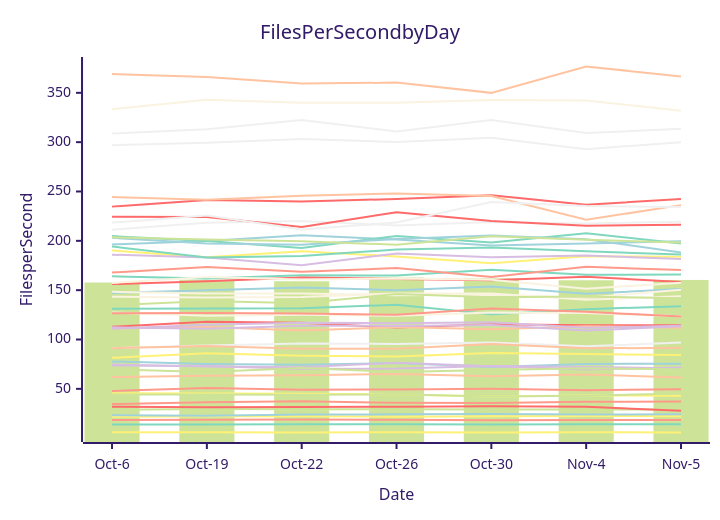
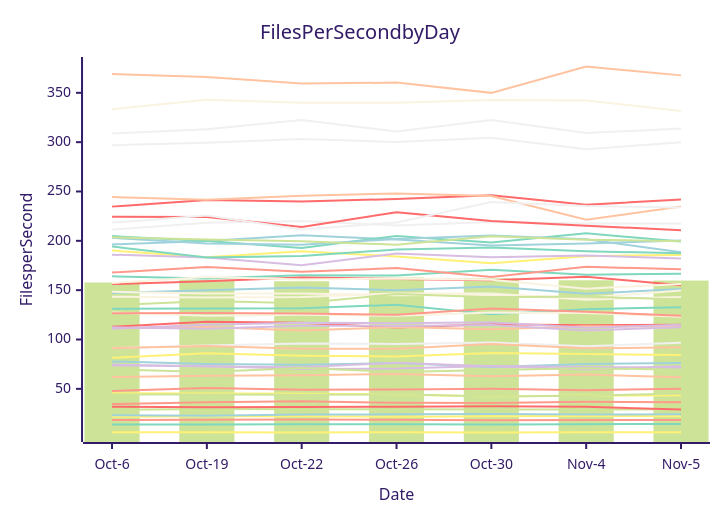
The diagram in perf-report.md (streetsidesoftware/cspell), drawn with Mermaid (forest theme) before and after one commit. The commit also changed other lines of this file and 1 other file, not shown here.

````diff
--- a/perf-report.md
+++ b/perf-report.md
@@ -10,57 +10,57 @@
 ```mermaid
 xychart-beta
     title Files Per Second by Day
     y-axis Files per Second
     x-axis Date [Oct-6, Oct-19, Oct-22, Oct-26, Oct-30, Nov-4, Nov-5]
-    bar [157.78, 160.58, 159.03, 162.88, 161.94, 160.02, 160.36]
-    line [112.94, 118.00, 116.85, 112.16, 115.50, 114.45, 114.39]
-    line [77.78, 75.28, 74.51, 76.18, 72.03, 75.21, 75.51]
-    line [74.54, 72.64, 71.96, 76.44, 72.80, 69.62, 71.58]
-    line [91.34, 93.97, 96.00, 95.45, 97.05, 93.17, 96.84]
-    line [111.42, 112.56, 109.04, 112.63, 110.40, 113.53, 111.89]
-    line [164.09, 161.71, 165.23, 164.80, 170.61, 165.61, 165.88]
-    line [34.53, 36.49, 37.33, 35.82, 35.71, 36.86, 37.21]
-    line [333.43, 342.86, 339.81, 339.82, 342.79, 342.26, 331.94]
-    line [45.48, 45.18, 45.07, 44.31, 42.25, 43.22, 43.06]
-    line [44.34, 44.15, 44.08, 44.42, 42.24, 42.88, 45.33]
-    line [234.66, 241.48, 239.78, 242.41, 246.20, 236.64, 242.39]
-    line [196.39, 199.93, 205.59, 201.31, 195.27, 197.35, 199.61]
-    line [73.77, 73.27, 70.11, 70.57, 73.22, 72.23, 70.71]
-    line [296.93, 299.41, 303.13, 300.22, 304.34, 292.89, 300.01]
-    line [91.13, 93.37, 90.70, 90.60, 95.53, 91.04, 91.55]
-    line [131.24, 131.49, 131.59, 135.21, 125.70, 130.73, 133.74]
-    line [167.92, 173.59, 168.67, 172.42, 163.25, 173.61, 170.55]
-    line [143.38, 142.44, 143.06, 146.69, 146.59, 140.40, 143.75]
-    line [190.21, 183.26, 189.47, 184.23, 177.36, 184.49, 183.82]
-    line [28.81, 29.58, 29.31, 29.41, 29.14, 29.07, 29.00]
-    line [156.12, 158.95, 162.77, 161.40, 160.02, 163.60, 158.39]
+    bar [157.78, 160.58, 159.03, 162.88, 161.94, 160.02, 159.72]
+    line [112.94, 118.00, 116.85, 112.16, 115.50, 114.45, 114.87]
+    line [77.78, 75.28, 74.51, 76.18, 72.03, 75.21, 76.09]
+    line [74.54, 72.64, 71.96, 76.44, 72.80, 69.62, 72.93]
+    line [91.34, 93.97, 96.00, 95.45, 97.05, 93.17, 96.79]
+    line [111.42, 112.56, 109.04, 112.63, 110.40, 113.53, 112.85]
+    line [164.09, 161.71, 165.23, 164.80, 170.61, 165.61, 166.70]
+    line [34.53, 36.49, 37.33, 35.82, 35.71, 36.86, 36.50]
+    line [333.43, 342.86, 339.81, 339.82, 342.79, 342.26, 331.64]
+    line [45.48, 45.18, 45.07, 44.31, 42.25, 43.22, 43.49]
+    line [44.34, 44.15, 44.08, 44.42, 42.24, 42.88, 45.37]
+    line [234.66, 241.48, 239.78, 242.41, 246.20, 236.64, 241.81]
+    line [196.39, 199.93, 205.59, 201.31, 195.27, 197.35, 200.31]
+    line [73.77, 73.27, 70.11, 70.57, 73.22, 72.23, 71.32]
+    line [296.93, 299.41, 303.13, 300.22, 304.34, 292.89, 299.81]
+    line [91.13, 93.37, 90.70, 90.60, 95.53, 91.04, 92.11]
+    line [131.24, 131.49, 131.59, 135.21, 125.70, 130.73, 132.76]
+    line [167.92, 173.59, 168.67, 172.42, 163.25, 173.61, 171.18]
+    line [143.38, 142.44, 143.06, 146.69, 146.59, 140.40, 143.02]
+    line [190.21, 183.26, 189.47, 184.23, 177.36, 184.49, 185.72]
+    line [28.81, 29.58, 29.31, 29.41, 29.14, 29.07, 29.19]
+    line [156.12, 158.95, 162.77, 161.40, 160.02, 163.60, 155.05]
     line [147.14, 149.81, 152.74, 149.93, 153.73, 146.39, 151.10]
-    line [185.98, 183.04, 175.20, 187.18, 183.23, 185.22, 181.47]
-    line [211.32, 218.31, 220.10, 215.49, 219.14, 217.54, 219.37]
-    line [244.34, 241.58, 245.56, 247.95, 245.41, 221.31, 236.19]
-    line [204.79, 199.89, 192.85, 204.98, 198.27, 207.58, 197.35]
-    line [47.88, 50.97, 49.03, 49.37, 49.99, 48.68, 49.68]
-    line [148.37, 146.50, 146.67, 144.85, 145.45, 142.42, 150.46]
-    line [6.00, 6.02, 5.75, 6.03, 5.80, 6.05, 5.84]
-    line [69.72, 67.05, 71.08, 67.00, 69.09, 70.86, 69.83]
-    line [31.79, 31.44, 31.67, 31.78, 32.41, 31.83, 27.82]
-    line [203.08, 197.32, 196.05, 201.96, 205.39, 201.71, 188.10]
-    line [111.00, 115.01, 116.88, 116.53, 117.43, 111.89, 113.82]
-    line [308.73, 313.03, 322.37, 310.93, 322.55, 309.17, 313.51]
-    line [62.01, 63.29, 63.79, 65.07, 62.75, 64.51, 61.60]
-    line [13.86, 13.81, 14.01, 14.02, 13.97, 14.18, 14.22]
-    line [18.38, 18.69, 19.00, 18.63, 18.25, 18.44, 18.50]
-    line [127.28, 123.99, 125.15, 124.19, 127.28, 126.86, 123.53]
-    line [21.69, 22.11, 22.28, 21.78, 22.12, 22.59, 22.26]
-    line [203.55, 201.34, 199.55, 196.07, 204.60, 201.12, 198.19]
-    line [224.28, 224.21, 213.97, 229.01, 220.21, 215.36, 216.32]
-    line [23.16, 22.78, 23.92, 24.17, 24.43, 23.95, 24.27]
-    line [112.35, 111.02, 113.95, 113.80, 114.69, 109.15, 113.33]
-    line [218.48, 225.66, 211.47, 218.53, 239.32, 235.17, 234.32]
-    line [369.11, 365.93, 359.34, 360.33, 349.95, 376.67, 366.61]
-    line [194.31, 183.18, 184.56, 191.17, 193.23, 189.38, 186.02]
-    line [126.66, 126.74, 126.46, 125.04, 131.49, 128.05, 123.33]
-    line [157.33, 163.29, 160.80, 161.82, 160.48, 151.46, 157.58]
-    line [81.41, 86.03, 83.62, 82.78, 86.40, 85.26, 84.31]
-    line [134.66, 139.08, 136.76, 146.14, 142.74, 143.48, 141.87]
+    line [185.98, 183.04, 175.20, 187.18, 183.23, 185.22, 182.14]
+    line [211.32, 218.31, 220.10, 215.49, 219.14, 217.54, 217.64]
+    line [244.34, 241.58, 245.56, 247.95, 245.41, 221.31, 234.75]
+    line [204.79, 199.89, 192.85, 204.98, 198.27, 207.58, 199.26]
+    line [47.88, 50.97, 49.03, 49.37, 49.99, 48.68, 50.03]
+    line [148.37, 146.50, 146.67, 144.85, 145.45, 142.42, 149.63]
+    line [6.00, 6.02, 5.75, 6.03, 5.80, 6.05, 5.91]
+    line [69.72, 67.05, 71.08, 67.00, 69.09, 70.86, 69.37]
+    line [31.79, 31.44, 31.67, 31.78, 32.41, 31.83, 29.14]
+    line [203.08, 197.32, 196.05, 201.96, 205.39, 201.71, 188.42]
+    line [111.00, 115.01, 116.88, 116.53, 117.43, 111.89, 115.01]
+    line [308.73, 313.03, 322.37, 310.93, 322.55, 309.17, 313.73]
+    line [62.01, 63.29, 63.79, 65.07, 62.75, 64.51, 61.69]
+    line [13.86, 13.81, 14.01, 14.02, 13.97, 14.18, 14.33]
+    line [18.38, 18.69, 19.00, 18.63, 18.25, 18.44, 18.38]
+    line [127.28, 123.99, 125.15, 124.19, 127.28, 126.86, 123.18]
+    line [21.69, 22.11, 22.28, 21.78, 22.12, 22.59, 22.34]
+    line [203.55, 201.34, 199.55, 196.07, 204.60, 201.12, 199.63]
+    line [224.28, 224.21, 213.97, 229.01, 220.21, 215.36, 210.66]
+    line [23.16, 22.78, 23.92, 24.17, 24.43, 23.95, 24.20]
+    line [112.35, 111.02, 113.95, 113.80, 114.69, 109.15, 112.48]
+    line [218.48, 225.66, 211.47, 218.53, 239.32, 235.17, 233.67]
+    line [369.11, 365.93, 359.34, 360.33, 349.95, 376.67, 367.68]
+    line [194.31, 183.18, 184.56, 191.17, 193.23, 189.38, 187.47]
+    line [126.66, 126.74, 126.46, 125.04, 131.49, 128.05, 124.13]
+    line [157.33, 163.29, 160.80, 161.82, 160.48, 151.46, 156.36]
+    line [81.41, 86.03, 83.62, 82.78, 86.40, 85.26, 84.18]
+    line [134.66, 139.08, 136.76, 146.14, 142.74, 143.48, 140.52]
 ```
````
